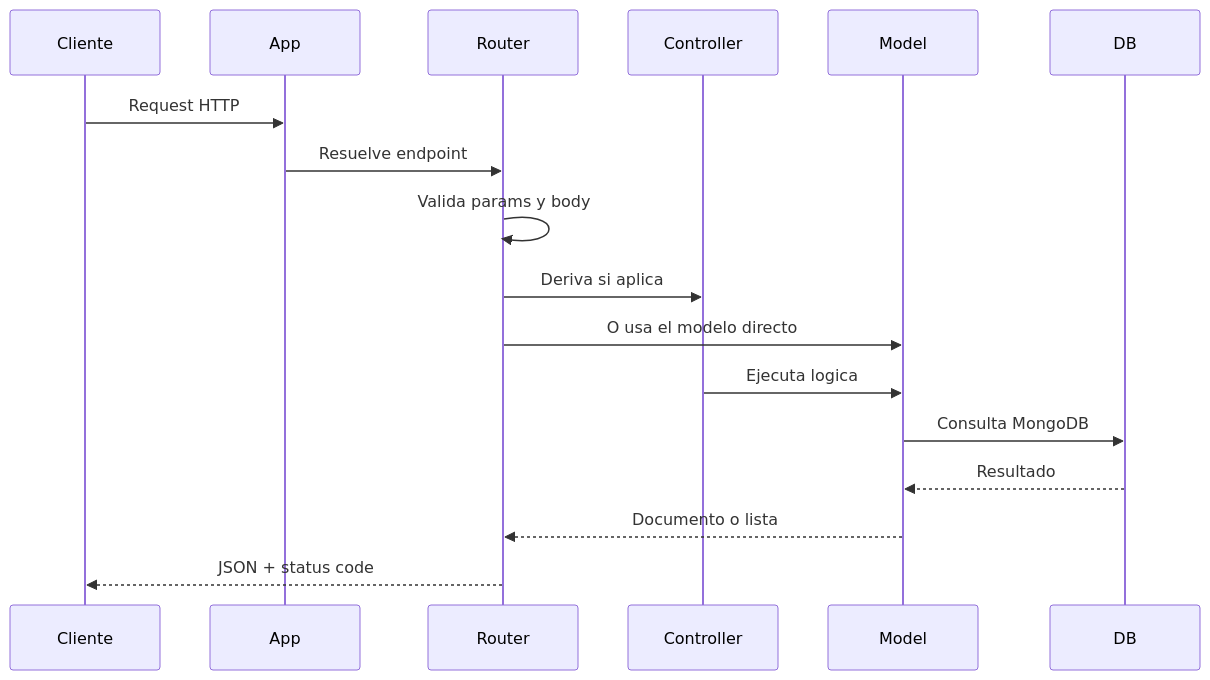
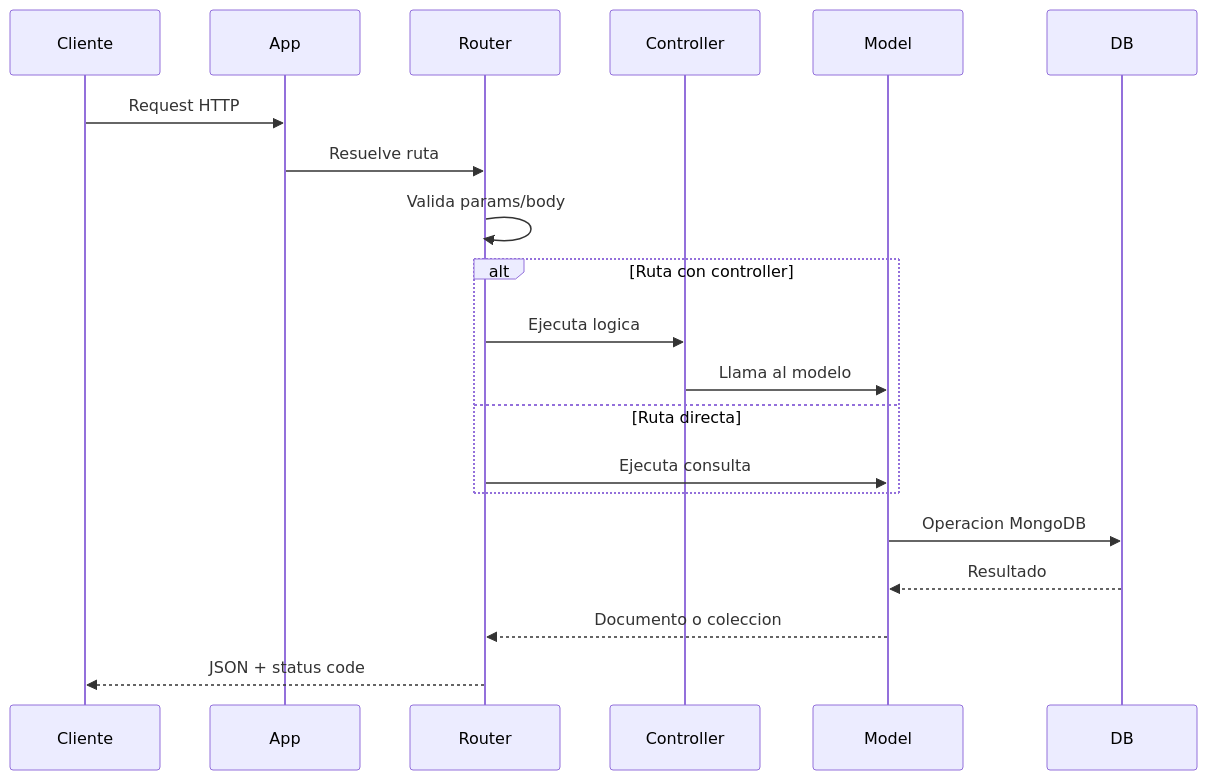
The second of 9 diagrams in README.md (sofiaaranoibarra/proyectoBackend), drawn with Mermaid before and after one commit. The commit also changed other lines of this file and 14 other files, not shown here.

````diff
--- a/README.md
+++ b/README.md
@@ -56,20 +60,23 @@
 ```mermaid
 sequenceDiagram
     participant Cliente
     participant App
     participant Router
     participant Controller
     participant Model
     participant DB
 
     Cliente->>App: Request HTTP
-    App->>Router: Resuelve endpoint
-    Router->>Router: Valida params y body
-    Router->>Controller: Deriva si aplica
-    Router->>Model: O usa el modelo directo
-    Controller->>Model: Ejecuta logica
-    Model->>DB: Consulta MongoDB
+    App->>Router: Resuelve ruta
+    Router->>Router: Valida params/body
+    alt Ruta con controller
+        Router->>Controller: Ejecuta logica
+        Controller->>Model: Llama al modelo
+    else Ruta directa
+        Router->>Model: Ejecuta consulta
+    end
+    Model->>DB: Operacion MongoDB
     DB-->>Model: Resultado
-    Model-->>Router: Documento o lista
+    Model-->>Router: Documento o coleccion
     Router-->>Cliente: JSON + status code
 ```
````
